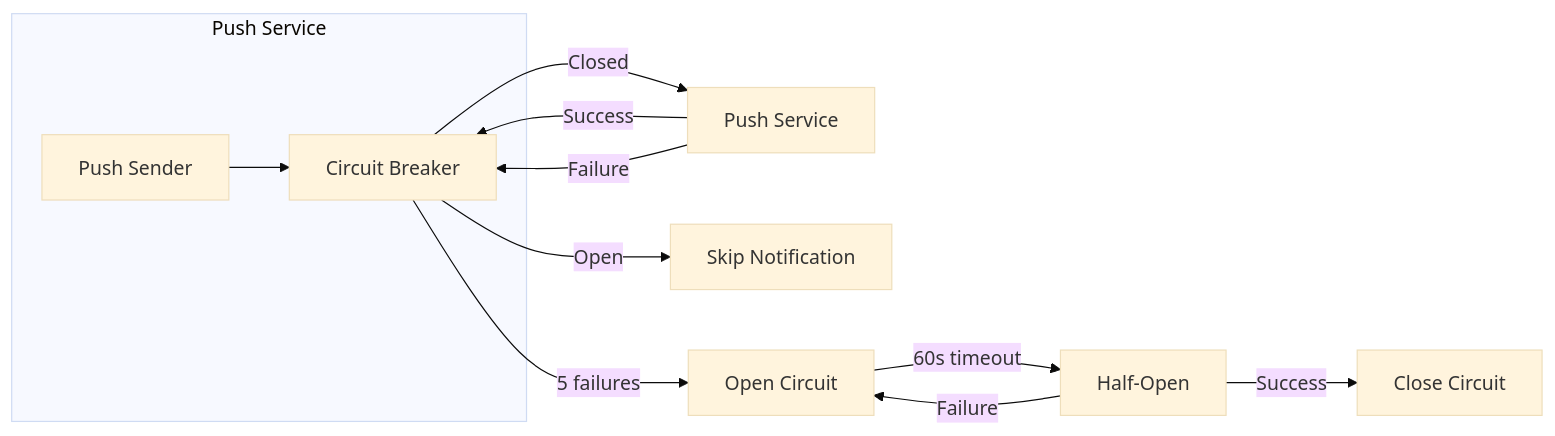
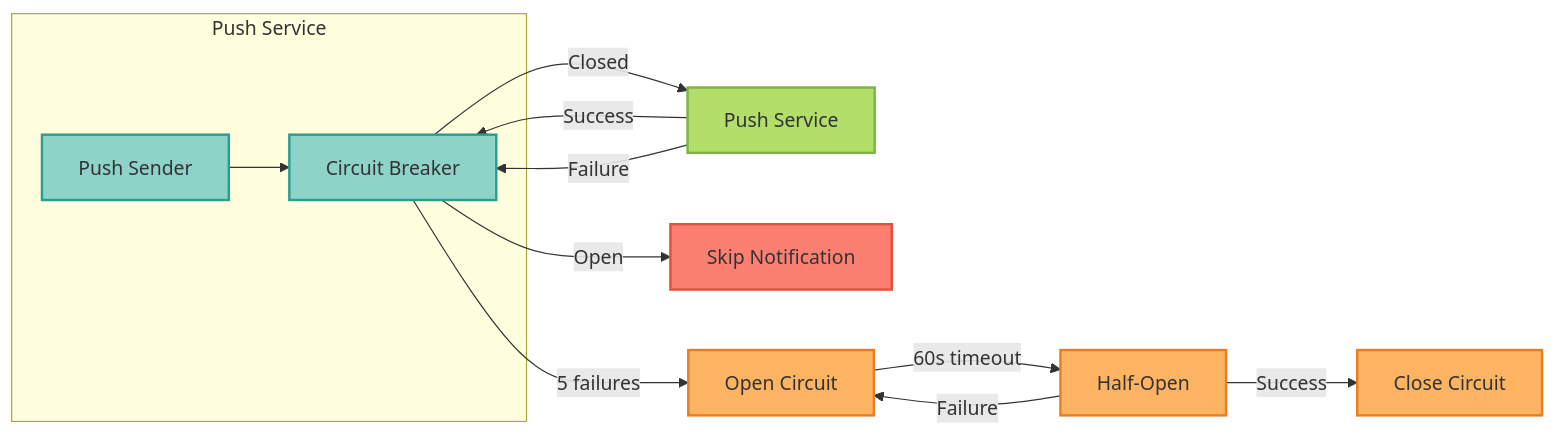
One commit to vishnu2kmohan/mcp-server-langgraph changed the third of 3 diagrams in docs/guides/alert-management.mdx. Above: the diagram before and after it, drawn with Mermaid. The commit also changed other lines of this file and 25 other files, not shown here.

````diff
--- a/docs/guides/alert-management.mdx
+++ b/docs/guides/alert-management.mdx
@@ -896,20 +904,30 @@
 ```mermaid
-%%{init: {'theme':'base'}}%%
 flowchart LR
     subgraph Push Service
         CB[Circuit Breaker]
         PS[Push Sender]
     end
 
     PS --> CB
     CB -->|Closed| FCM[Push Service]
     CB -->|Open| Skip[Skip Notification]
 
     FCM -->|Success| CB
     FCM -->|Failure| CB
 
     CB -->|5 failures| Open[Open Circuit]
     Open -->|60s timeout| HalfOpen[Half-Open]
     HalfOpen -->|Success| Closed[Close Circuit]
     HalfOpen -->|Failure| Open
+
+    %% ColorBrewer2 Set3 palette - each component type uniquely colored
+    classDef pushStyle fill:#8dd3c7,stroke:#2a9d8f,stroke-width:2px,color:#333
+    classDef serviceStyle fill:#b3de69,stroke:#7cb342,stroke-width:2px,color:#333
+    classDef failStyle fill:#fb8072,stroke:#e74c3c,stroke-width:2px,color:#333
+    classDef stateStyle fill:#fdb462,stroke:#e67e22,stroke-width:2px,color:#333
+
+    class CB,PS pushStyle
+    class FCM serviceStyle
+    class Skip failStyle
+    class Open,HalfOpen,Closed stateStyle
 ```
````
